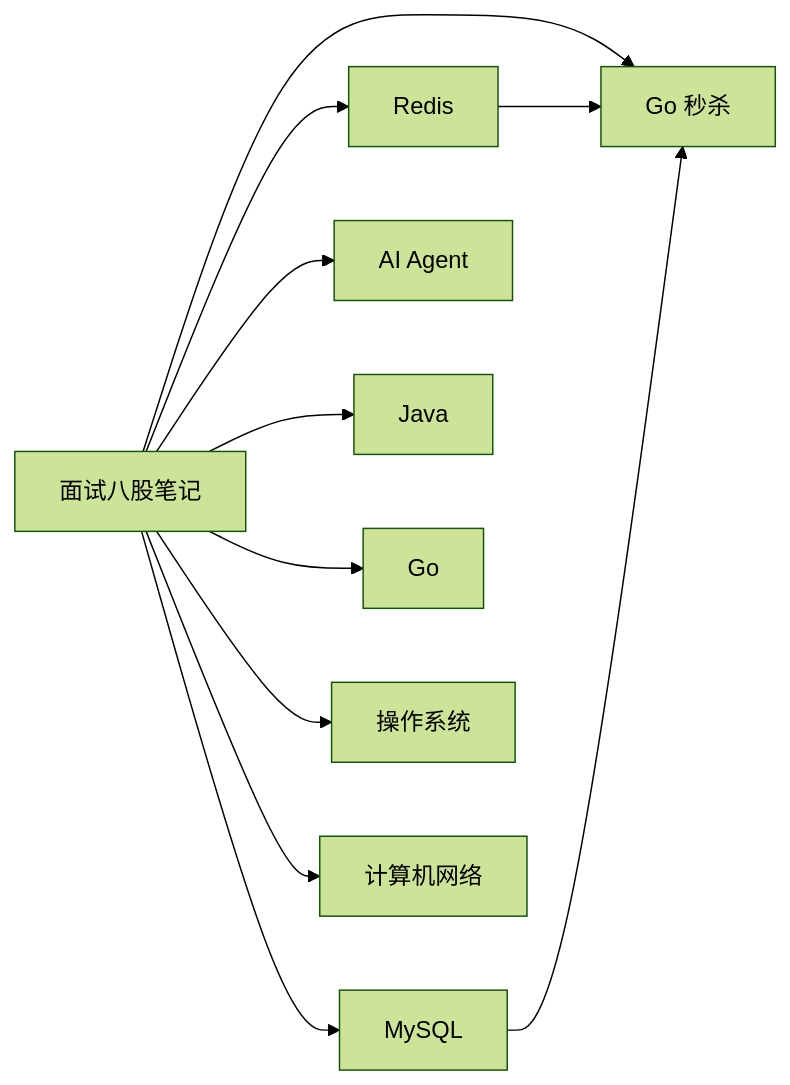
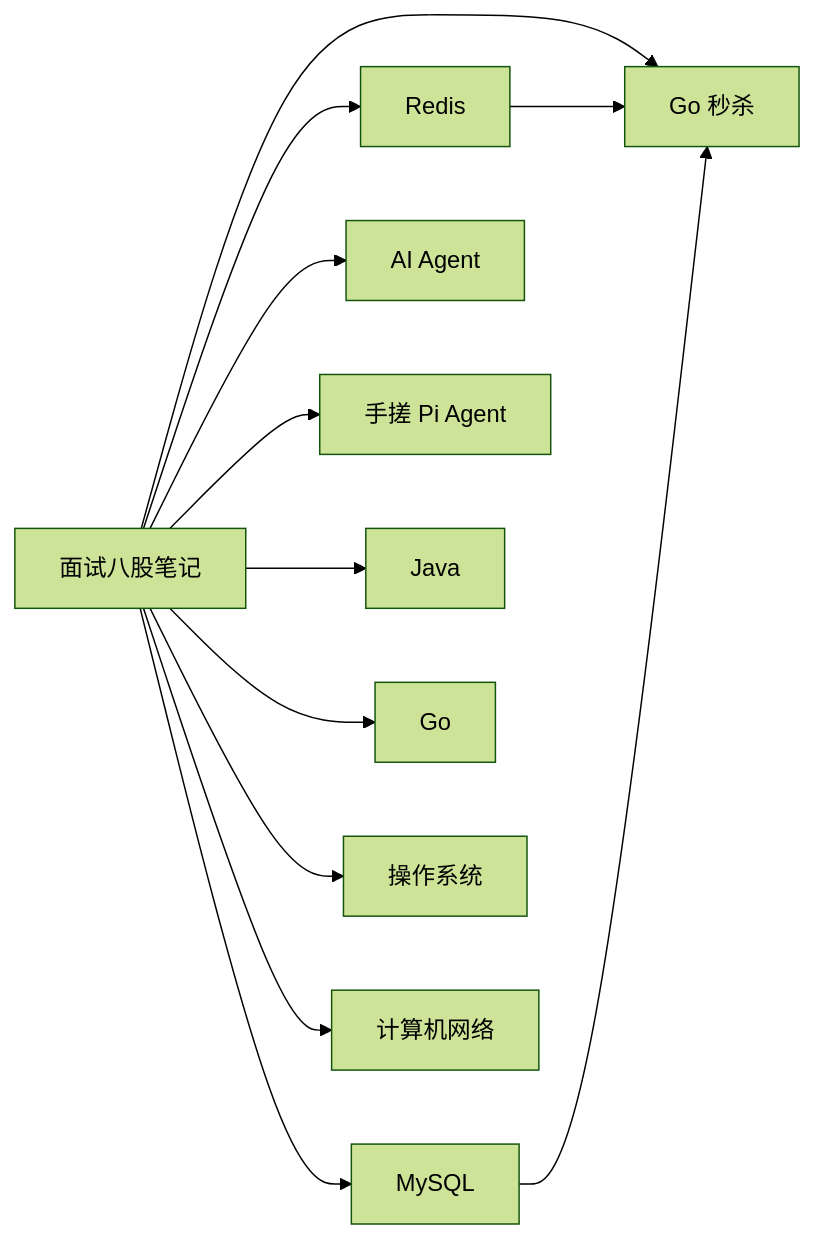
One commit to LosAveRoad/interview-prep changed the diagram in docs/index.md. Above: the diagram before and after it, drawn with Mermaid (forest theme). The commit also changed other lines of this file and 20 other files, not shown here.

````diff
--- a/docs/index.md
+++ b/docs/index.md
@@ -77,14 +85,15 @@
 ```mermaid
 flowchart LR
   home[面试八股笔记]
   home --> redis[Redis]
   home --> mysql[MySQL]
   home --> seckill[Go 秒杀]
   home --> agent[AI Agent]
+  home --> pi[手搓 Pi Agent]
   home --> java[Java]
   home --> golang[Go]
   home --> os[操作系统]
   home --> net[计算机网络]
   redis --> seckill
   mysql --> seckill
 ```
````
